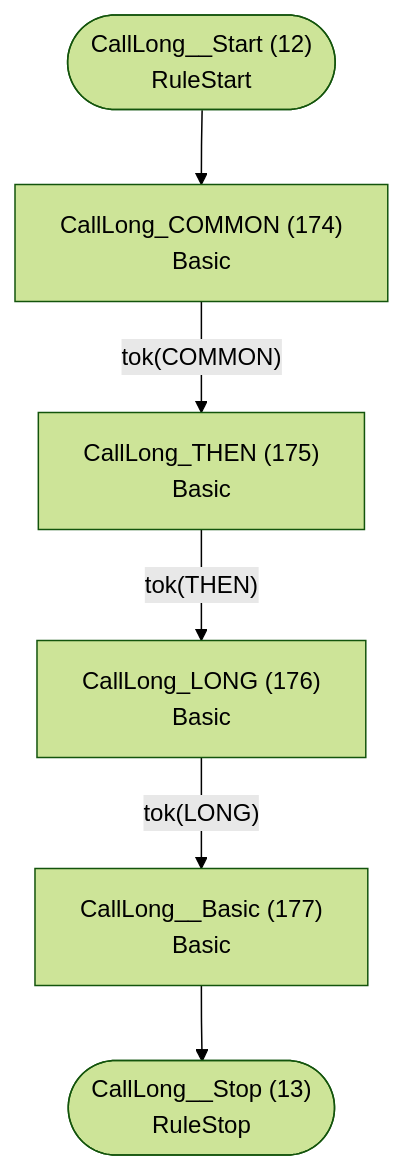
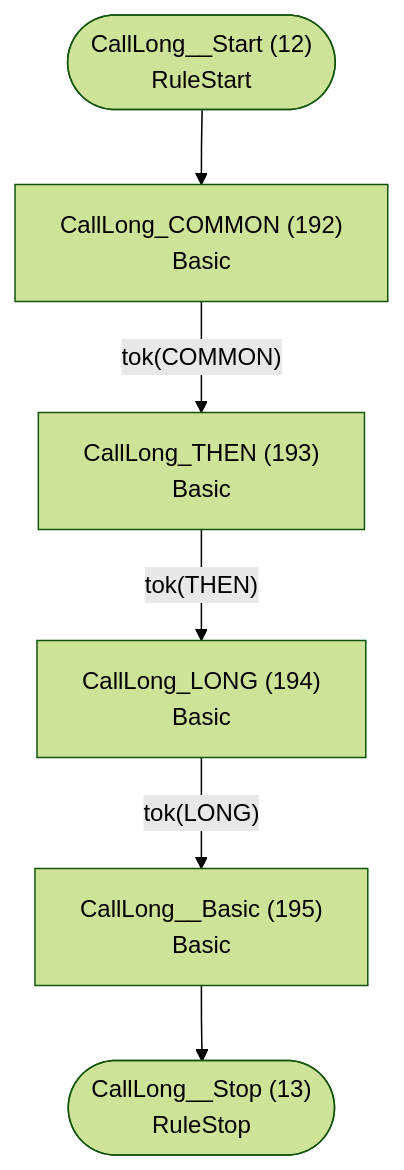
One commit to TypeFox/fastbelt changed the seventh of 46 diagrams in internal/languages/completion/atn.md. Above: the diagram before and after it, drawn with Mermaid (forest theme). The commit also changed other lines of this file and 41 other files, not shown here.

````diff
--- a/internal/languages/completion/atn.md
+++ b/internal/languages/completion/atn.md
@@ -279,15 +299,15 @@
 ```mermaid
 flowchart TD
     q12(["CallLong__Start (12)<br/>RuleStart"])
     q13(["CallLong__Stop (13)<br/>RuleStop"])
-    q174["CallLong_COMMON (174)<br/>Basic<br/>"]
-    q175["CallLong_THEN (175)<br/>Basic<br/>"]
-    q176["CallLong_LONG (176)<br/>Basic<br/>"]
-    q177["CallLong__Basic (177)<br/>Basic<br/>"]
+    q192["CallLong_COMMON (192)<br/>Basic<br/>"]
+    q193["CallLong_THEN (193)<br/>Basic<br/>"]
+    q194["CallLong_LONG (194)<br/>Basic<br/>"]
+    q195["CallLong__Basic (195)<br/>Basic<br/>"]
 
-    q12 --> q174
-    q174 -->|"tok(COMMON)"| q175
-    q175 -->|"tok(THEN)"| q176
-    q176 -->|"tok(LONG)"| q177
-    q177 --> q13
+    q12 --> q192
+    q192 -->|"tok(COMMON)"| q193
+    q193 -->|"tok(THEN)"| q194
+    q194 -->|"tok(LONG)"| q195
+    q195 --> q13
 ```
````
